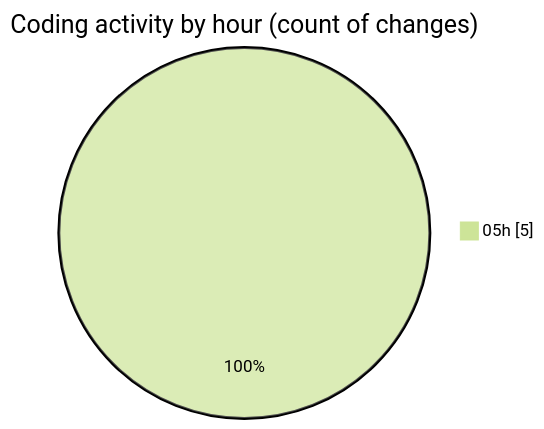
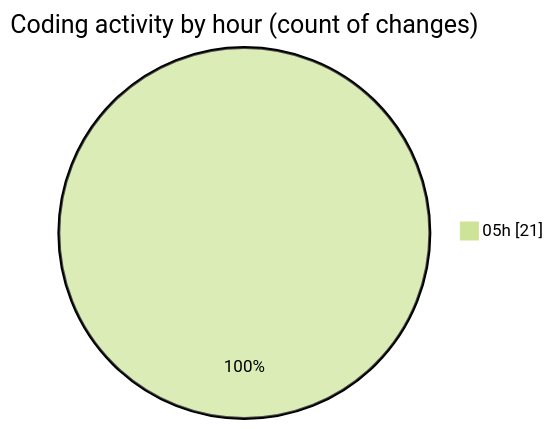
One commit to ernivani/code-tracking changed the second of 2 diagrams in 2024-12-30/rareicon/README.md. Above: the diagram before and after it, drawn with Mermaid (forest theme). The commit also changed other lines of this file and 2 other files, not shown here.

````diff
--- a/2024-12-30/rareicon/README.md
+++ b/2024-12-30/rareicon/README.md
@@ -30,5 +32,5 @@
 ```mermaid
 pie showData
 title Coding activity by hour (count of changes)
-"05h" : 5
+"05h" : 21
 ```
````
